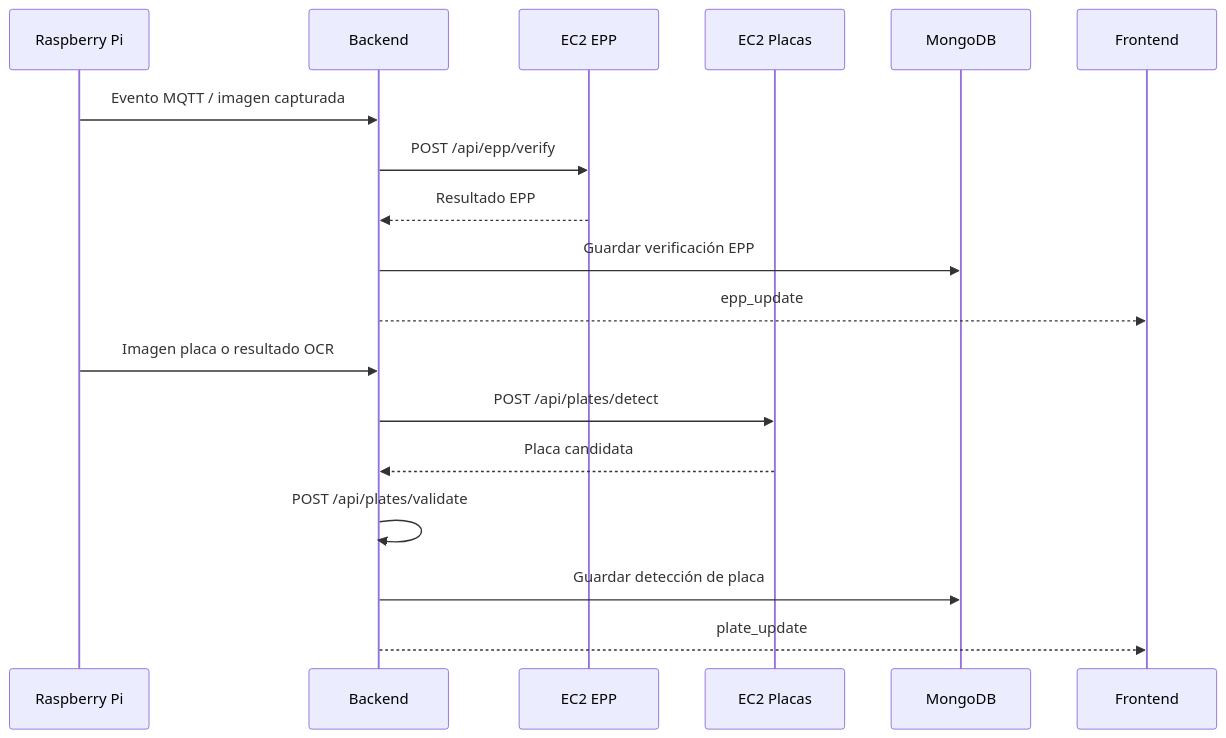
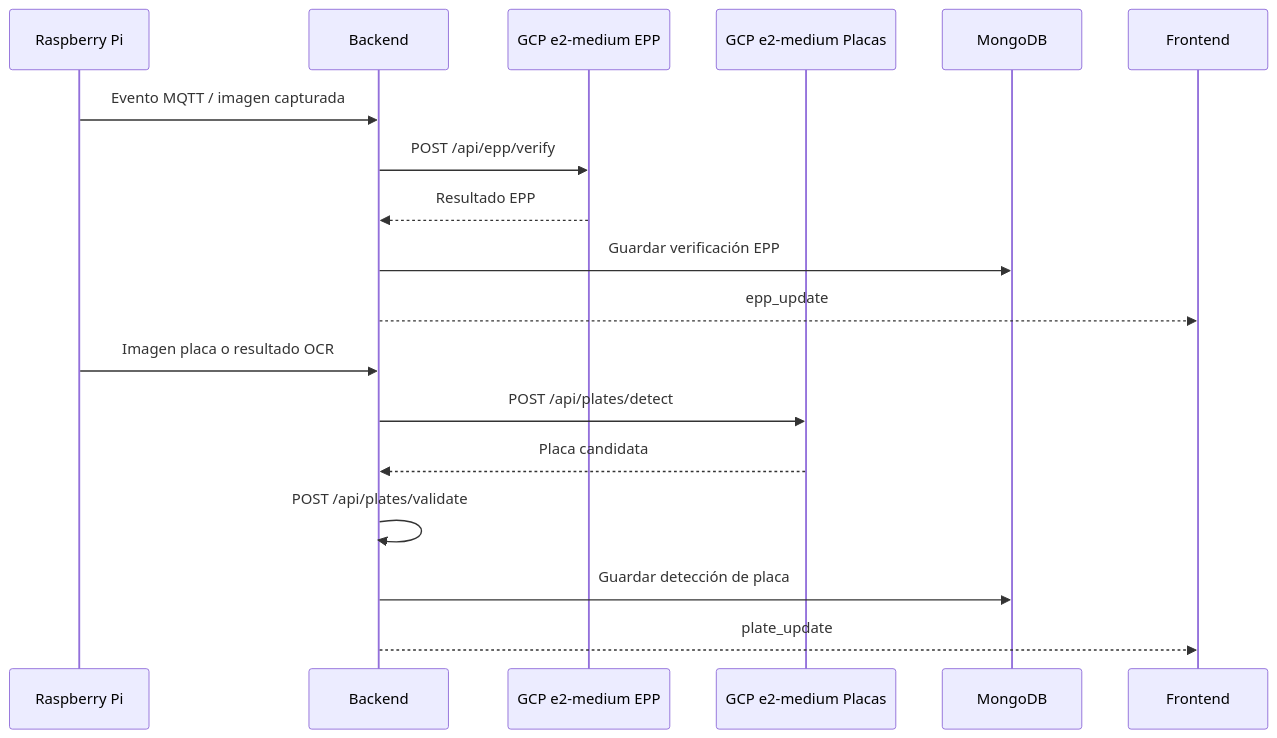
Before and after one commit to hugoarana89/Arqui2_Fase2: the third of 3 diagrams in Fase3/Documentacion/Manual_Tecnico.md, drawn with Mermaid. The commit also changed other lines of this file, not shown here.

Commit message:
feat: update technical manual to reflect deployment changes from EC2 to GCP e2-medium for AI services

````diff
--- a/Fase3/Documentacion/Manual_Tecnico.md
+++ b/Fase3/Documentacion/Manual_Tecnico.md
@@ -213,22 +213,22 @@
 ```mermaid
 sequenceDiagram
 	participant R as Raspberry Pi
 	participant B as Backend
-	participant E as EC2 EPP
-	participant P as EC2 Placas
+	participant E as GCP e2-medium EPP
+	participant P as GCP e2-medium Placas
 	participant M as MongoDB
 	participant F as Frontend
 
 	R->>B: Evento MQTT / imagen capturada
 	B->>E: POST /api/epp/verify
 	E-->>B: Resultado EPP
 	B->>M: Guardar verificación EPP
 	B-->>F: epp_update
 
 	R->>B: Imagen placa o resultado OCR
 	B->>P: POST /api/plates/detect
 	P-->>B: Placa candidata
 	B->>B: POST /api/plates/validate
 	B->>M: Guardar detección de placa
 	B-->>F: plate_update
 ```
````
